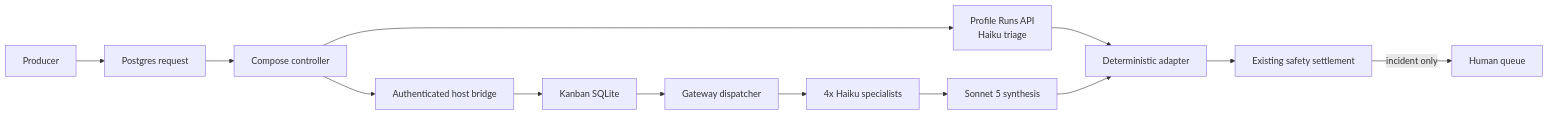
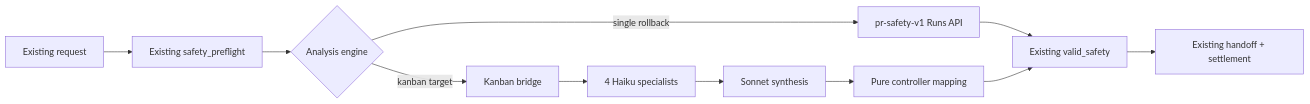
The first of 2 diagrams in docs/hermes/DD-pr-safety-kanban-council.md (Zhachory1/ai-pr-automation), drawn with Mermaid before and after one commit. The commit also changed other lines of this file and 5 other files, not shown here.

Commit message:
docs(hermes): keep PR safety as fixed Kanban workflow

````diff
--- a/docs/hermes/DD-pr-safety-kanban-council.md
+++ b/docs/hermes/DD-pr-safety-kanban-council.md
@@ -67,15 +14,13 @@
 ```mermaid
 flowchart LR
-    P["Producer"] --> Q["Postgres request"]
-    Q --> C["Compose controller"]
-    C --> R["Profile Runs API\nHaiku triage"]
-    C --> B["Authenticated host bridge"]
-    B --> K["Kanban SQLite"]
-    K --> G["Gateway dispatcher"]
-    G --> H["4x Haiku specialists"]
-    H --> S["Sonnet 5 synthesis"]
-    R --> A["Deterministic adapter"]
-    S --> A
-    A --> X["Existing safety settlement"]
-    X -->|incident only| U["Human queue"]
+    Q["Existing request"] --> P["Existing safety_preflight"]
+    P --> E{"Analysis engine"}
+    E -->|single rollback| R["pr-safety-v1 Runs API"]
+    E -->|kanban target| B["Kanban bridge"]
+    B --> K["4 Haiku specialists"]
+    K --> Y["Sonnet synthesis"]
+    R --> V["Existing valid_safety"]
+    Y --> A["Pure controller mapping"]
+    A --> V
+    V --> S["Existing handoff + settlement"]
 ```
````
